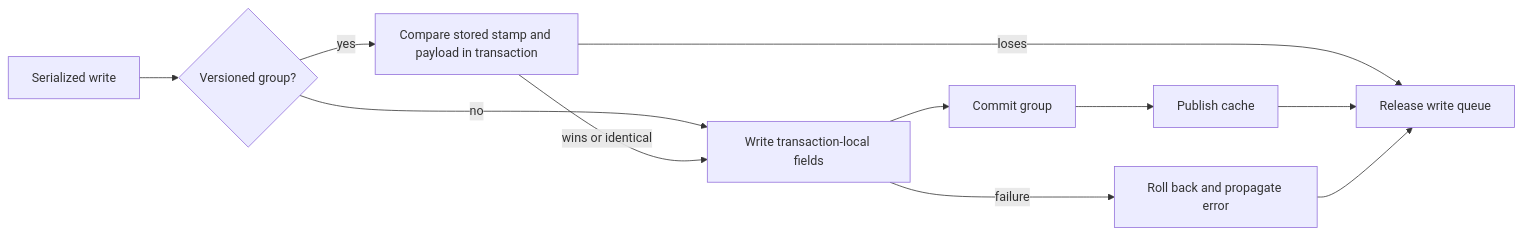
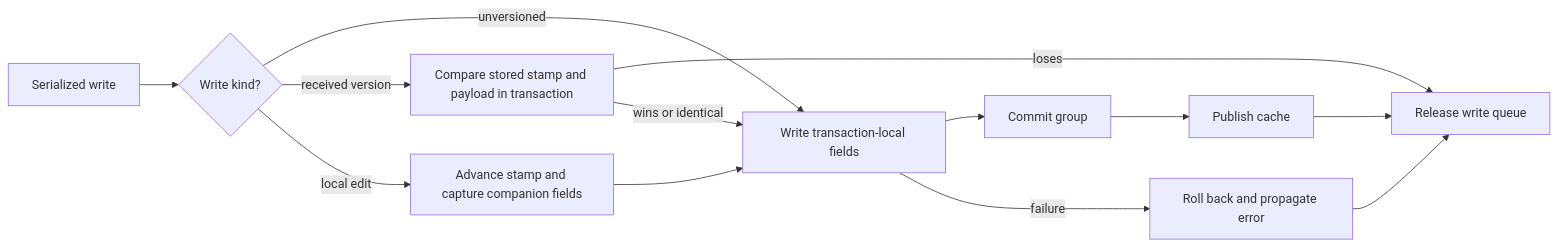
One commit to matthiasn/lotti changed the first of 7 diagrams in knowledge/architecture/persistence.md. Above: the diagram before and after it, drawn with Mermaid. The commit also changed other lines of this file and 74 other files, not shown here.

````diff
--- a/knowledge/architecture/persistence.md
+++ b/knowledge/architecture/persistence.md
@@ -164,13 +172,15 @@
 ```mermaid
 flowchart LR
-  Queue[Serialized write] --> Guard{Versioned group?}
-  Guard -->|no| Write[Write transaction-local fields]
-  Guard -->|yes| Compare[Compare stored stamp and payload in transaction]
+  Queue[Serialized write] --> Guard{Write kind?}
+  Guard -->|unversioned| Write[Write transaction-local fields]
+  Guard -->|received version| Compare[Compare stored stamp and payload in transaction]
+  Guard -->|local edit| Stamp[Advance stamp and capture companion fields]
+  Stamp --> Write
   Compare -->|loses| Release[Release write queue]
   Compare -->|wins or identical| Write
   Write --> Commit[Commit group]
   Write -->|failure| Rollback[Roll back and propagate error]
   Commit --> Cache[Publish cache]
   Cache --> Release
   Rollback --> Release
 ```
````
